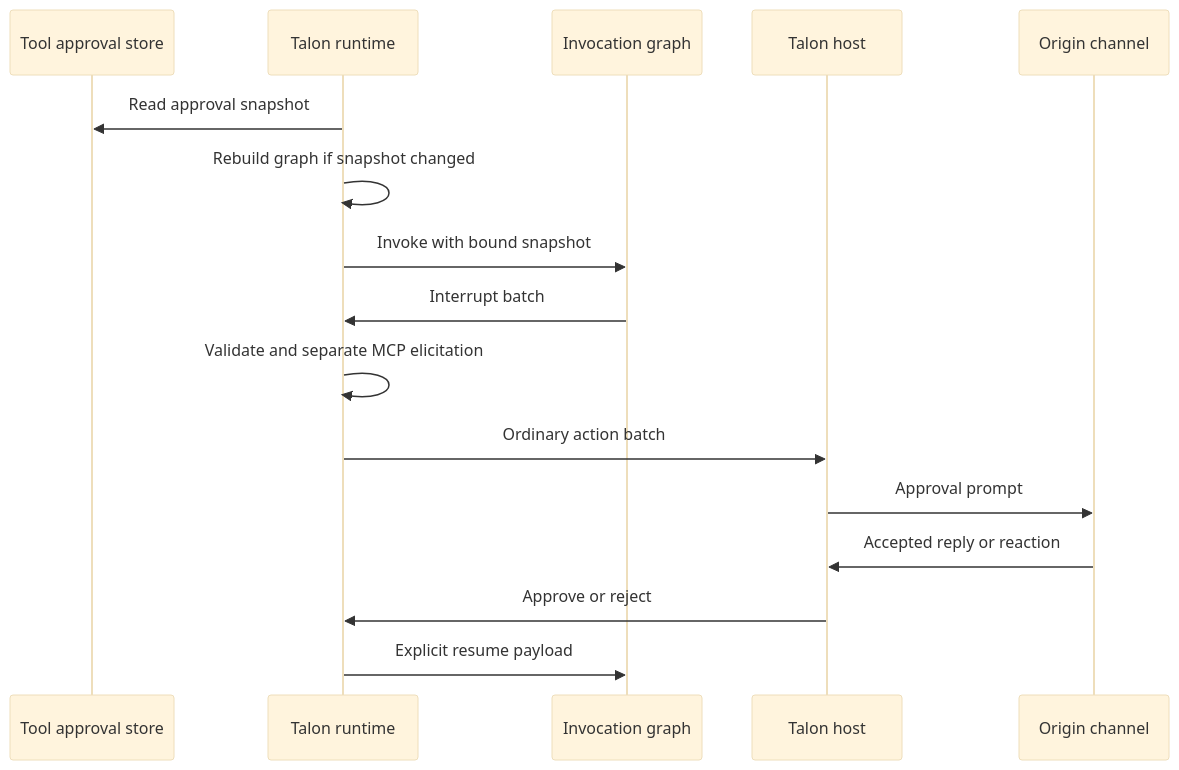
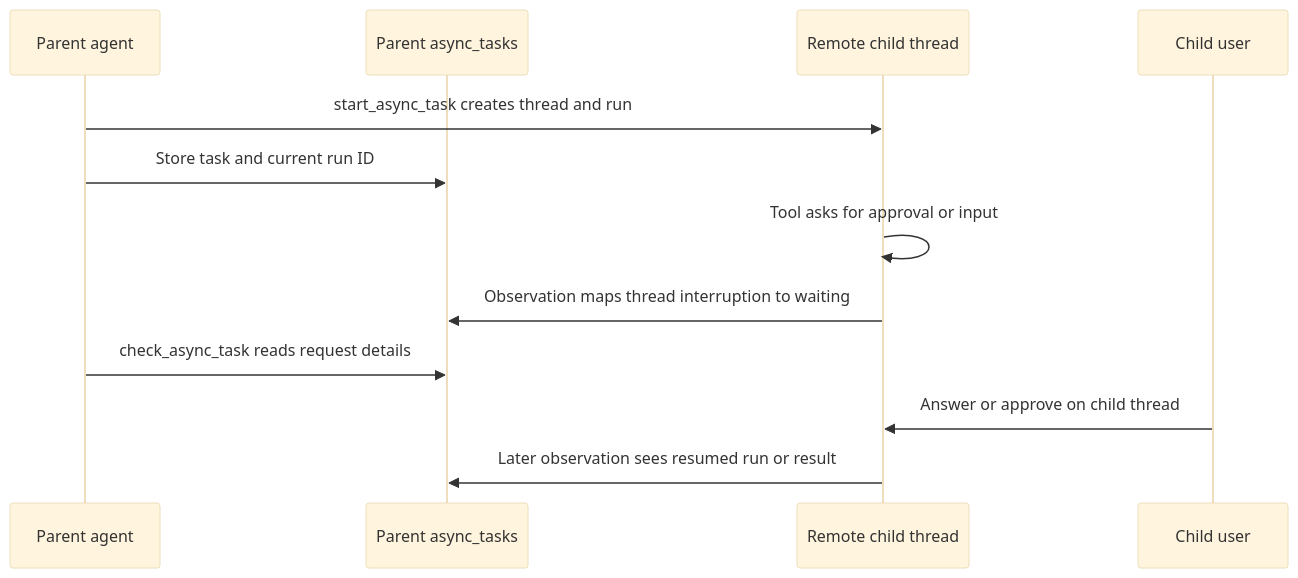
Before and after one commit to langchain-ai/deepagents: the second of 2 diagrams in openwiki/concepts/permissions-hitl.md, drawn with Mermaid (base theme). The commit also changed other lines of this file and 35 other files, not shown here.

````diff
--- a/openwiki/concepts/permissions-hitl.md
+++ b/openwiki/concepts/permissions-hitl.md
@@ -135,18 +73,14 @@
 ```mermaid
 sequenceDiagram
-    participant Store as Tool approval store
-    participant Runtime as Talon runtime
-    participant Graph as Invocation graph
-    participant Host as Talon host
-    participant Channel as Origin channel
-    Runtime->>Store: Read approval snapshot
-    Runtime->>Runtime: Rebuild graph if snapshot changed
-    Runtime->>Graph: Invoke with bound snapshot
-    Graph->>Runtime: Interrupt batch
-    Runtime->>Runtime: Validate and separate MCP elicitation
-    Runtime->>Host: Ordinary action batch
-    Host->>Channel: Approval prompt
-    Channel->>Host: Accepted reply or reaction
-    Host->>Runtime: Approve or reject
-    Runtime->>Graph: Explicit resume payload
+    participant Parent as Parent agent
+    participant Tasks as Parent async_tasks
+    participant Child as Remote child thread
+    participant Human as Child user
+    Parent->>Child: start_async_task creates thread and run
+    Parent->>Tasks: Store task and current run ID
+    Child->>Child: Tool asks for approval or input
+    Child->>Tasks: Observation maps thread interruption to waiting
+    Parent->>Tasks: check_async_task reads request details
+    Human->>Child: Answer or approve on child thread
+    Child->>Tasks: Later observation sees resumed run or result
 ```
````
